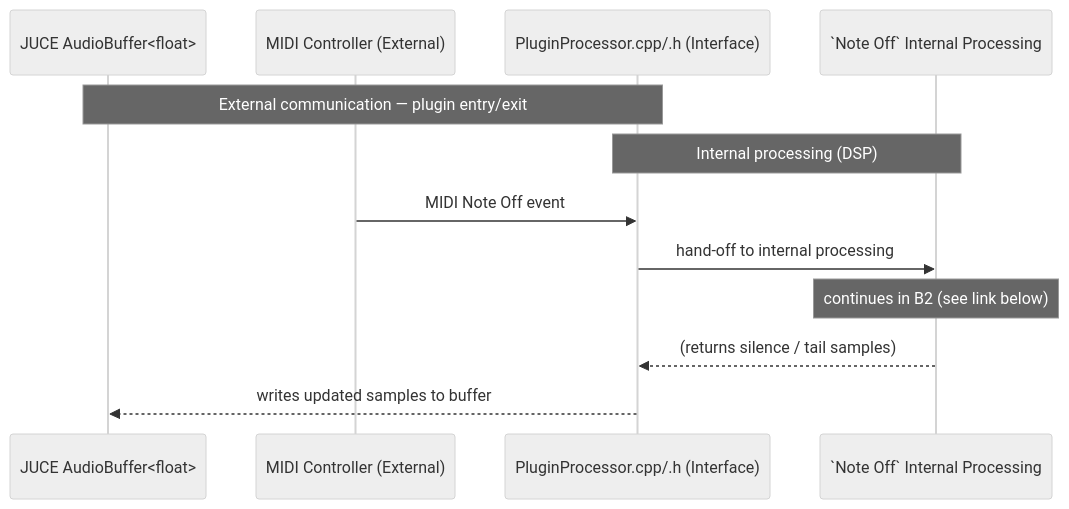
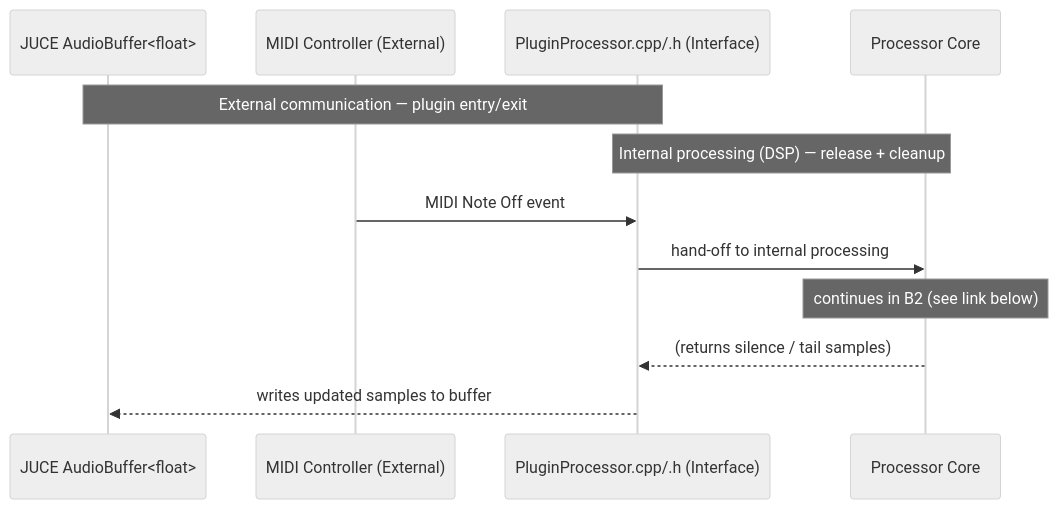
One commit to TYLERSFOSTER/MIDIControl001 changed the third of 6 diagrams in docs/architecture.md. Above: the diagram before and after it, drawn with Mermaid (neutral theme). The commit also changed other lines of this file, not shown here.

````diff
--- a/docs/architecture.md
+++ b/docs/architecture.md
@@ -100,15 +100,15 @@
 ```mermaid
 sequenceDiagram
 participant Buffer as JUCE AudioBuffer<float>
 participant MIDI as MIDI Controller (External)
 participant PluginProcessor as PluginProcessor.cpp/.h (Interface)
-participant Ref as `Note Off` Internal Processing
+participant Ref as Processor Core
 
 Note over Buffer,PluginProcessor: External communication — plugin entry/exit
-Note over PluginProcessor,Ref: Internal processing (DSP)
+Note over PluginProcessor,Ref: Internal processing (DSP) — release + cleanup
 MIDI->>PluginProcessor: MIDI Note Off event
 PluginProcessor->>Ref: hand-off to internal processing
 Note over Ref: continues in B2 (see link below)
 Ref-->>PluginProcessor: (returns silence / tail samples)
 PluginProcessor-->>Buffer: writes updated samples to buffer
 ```
````
